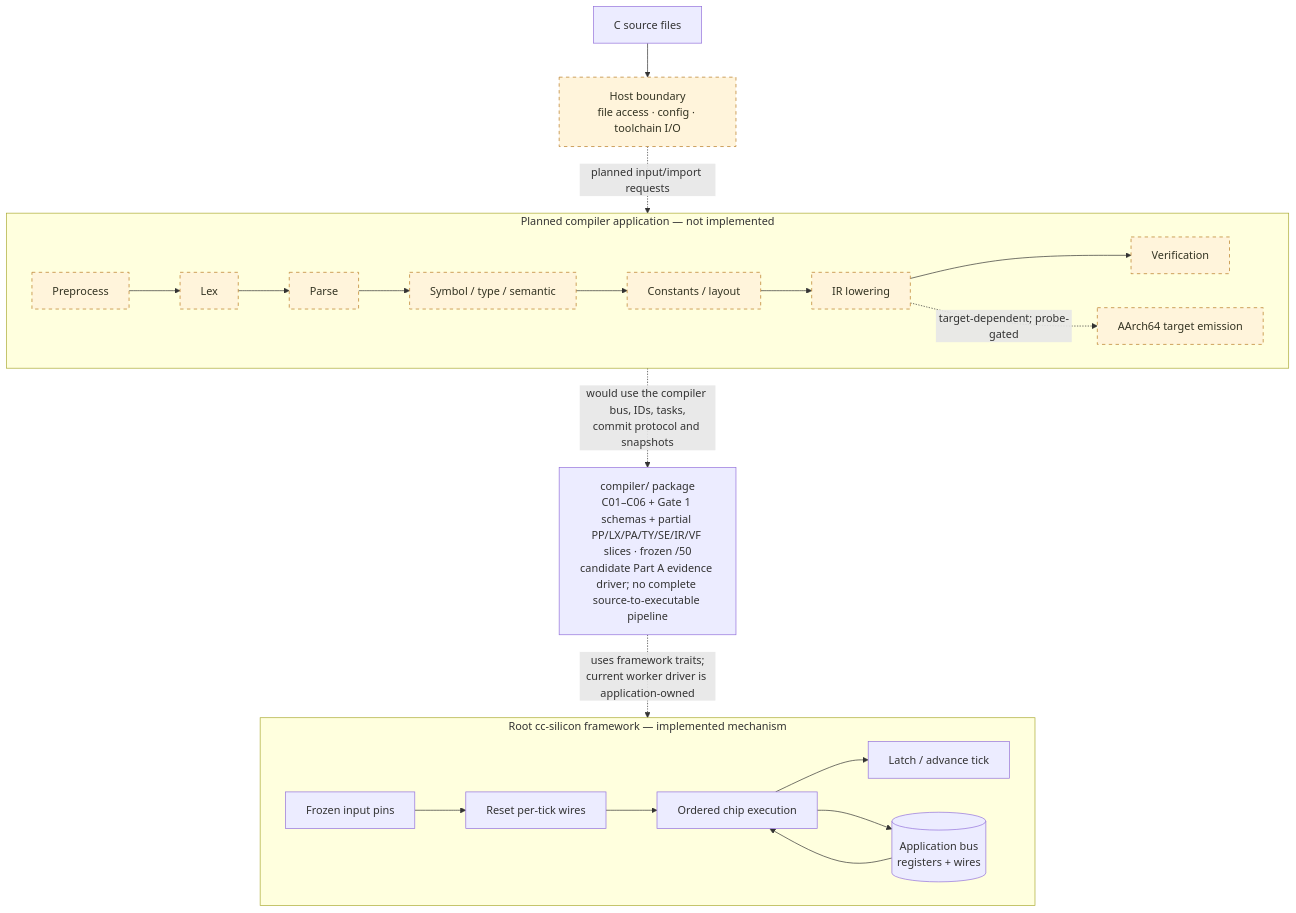
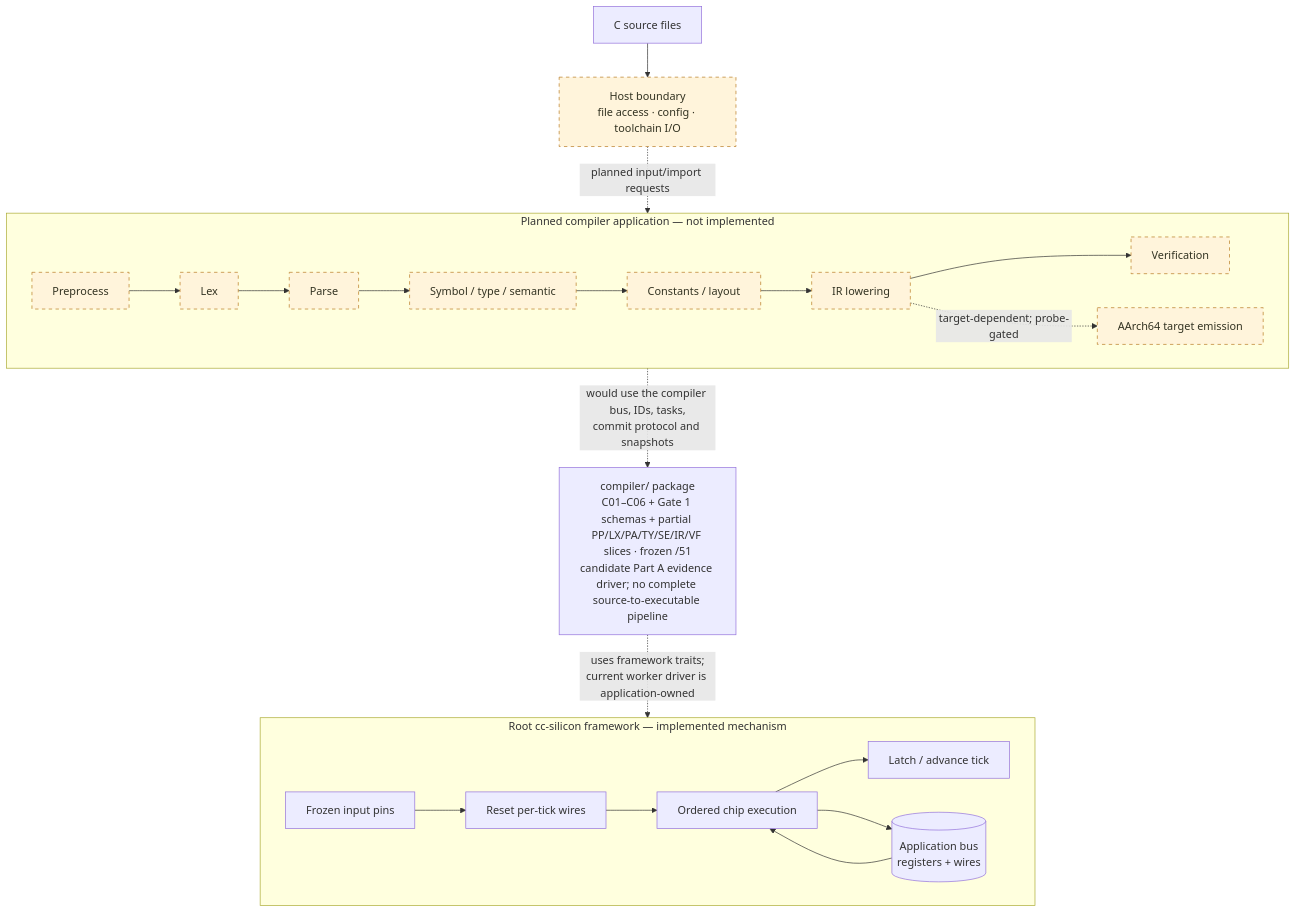
One commit to immane/cc-silicon changed the first of 2 diagrams in README.md. Above: the diagram before and after it, drawn with Mermaid. The commit also changed other lines of this file and 16 other files, not shown here.

````diff
--- a/README.md
+++ b/README.md
@@ -132,28 +132,28 @@
 ```mermaid
 flowchart TB
     SRC["C source files"] --> HOST["Host boundary<br/>file access · config · toolchain I/O"]
     HOST -. "planned input/import requests" .-> PIPE
 
     subgraph PIPE["Planned compiler application — not implemented"]
         direction LR
         PP["Preprocess"] --> LEX["Lex"] --> PARSE["Parse"] --> SEM["Symbol / type / semantic"]
         SEM --> CONST["Constants / layout"] --> IR["IR lowering"] --> VERIFY["Verification"]
         IR -. "target-dependent; probe-gated" .-> TARGET["AArch64 target emission"]
     end
 
-    FOUNDATION["compiler/ package<br/>C01–C06 + Gate 1 schemas + partial PP/LX/PA/TY/SE/IR/VF slices · frozen /50<br/>candidate Part A evidence driver; no complete source-to-executable pipeline"]
+    FOUNDATION["compiler/ package<br/>C01–C06 + Gate 1 schemas + partial PP/LX/PA/TY/SE/IR/VF slices · frozen /51<br/>candidate Part A evidence driver; no complete source-to-executable pipeline"]
     PIPE -. "would use the compiler bus, IDs, tasks,<br/>commit protocol and snapshots" .-> FOUNDATION
 
     subgraph RUNTIME["Root cc-silicon framework — implemented mechanism"]
         direction LR
         PINS["Frozen input pins"] --> RESET["Reset per-tick wires"] --> CHIPS["Ordered chip execution"]
         CHIPS --> LATCH["Latch / advance tick"]
         BUS[("Application bus<br/>registers + wires")]
         BUS --> CHIPS
         CHIPS --> BUS
     end
     FOUNDATION -. "uses framework traits;<br/>current worker driver is application-owned" .-> RUNTIME
 
     classDef planned fill:#fff4db,stroke:#b7791f,stroke-dasharray:5 5,color:#332;
     class PP,LEX,PARSE,SEM,CONST,IR,VERIFY,TARGET,HOST planned;
 ```
````
